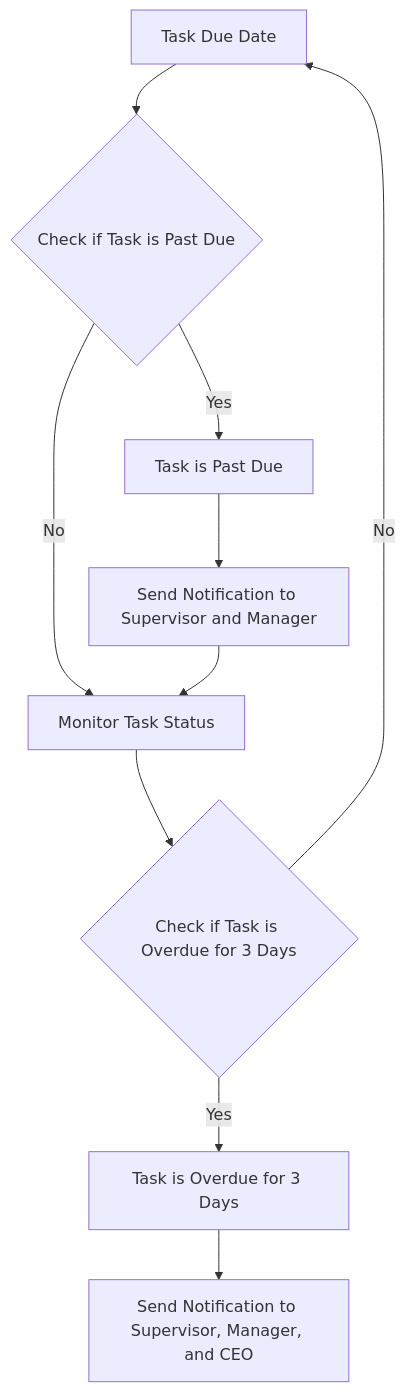
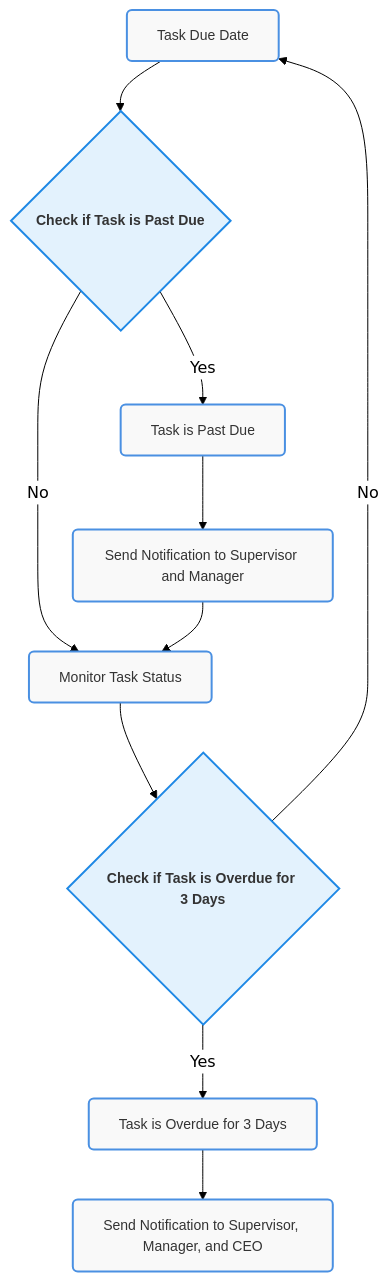
One commit to TyGrim13/4WinnerFlows changed the second of 11 diagrams in README.md. Above: the diagram before and after it, drawn with Mermaid. The commit also changed other lines of this file, not shown here.

````diff
--- a/README.md
+++ b/README.md
@@ -141,23 +141,31 @@
 ```mermaid
 
+%%{init: {'theme': 'forest', 'themeVariables': { 'primaryColor': '#4a90e2', 'edgeLabelBackground': '#ffffff', 'tertiaryColor': '#f4f4f4', 'primaryBorderColor': '#333', 'primaryTextColor': '#333', 'fontFamily': 'Arial'}}}%%
+
 flowchart TD
+    classDef default fill:#f9f9f9,stroke:#4a90e2,stroke-width:2px,color:#333,font-family:'Arial',font-size:14px,rx:5,ry:5;
+    classDef decision fill:#e3f2fd,stroke:#1e88e5,stroke-width:2px,color:#333,font-family:'Arial',font-size:14px,font-weight:bold,rx:5,ry:5;
+    
     I1[Task Due Date]
     I2{Check if Task is Past Due}
     I3[Task is Past Due]
     I4[Send Notification to Supervisor and Manager]
     I5[Monitor Task Status]
     I6{Check if Task is Overdue for 3 Days}
     I7[Task is Overdue for 3 Days]
     I8[Send Notification to Supervisor, Manager, and CEO]
+
+    class I2,I6 decision
 
     I1 --> I2
     I2 -->|Yes| I3
     I2 -->|No| I5
     I3 --> I4
     I4 --> I5
     I5 --> I6
     I6 -->|Yes| I7
     I6 -->|No| I1
     I7 --> I8
 
+
 ```
````
